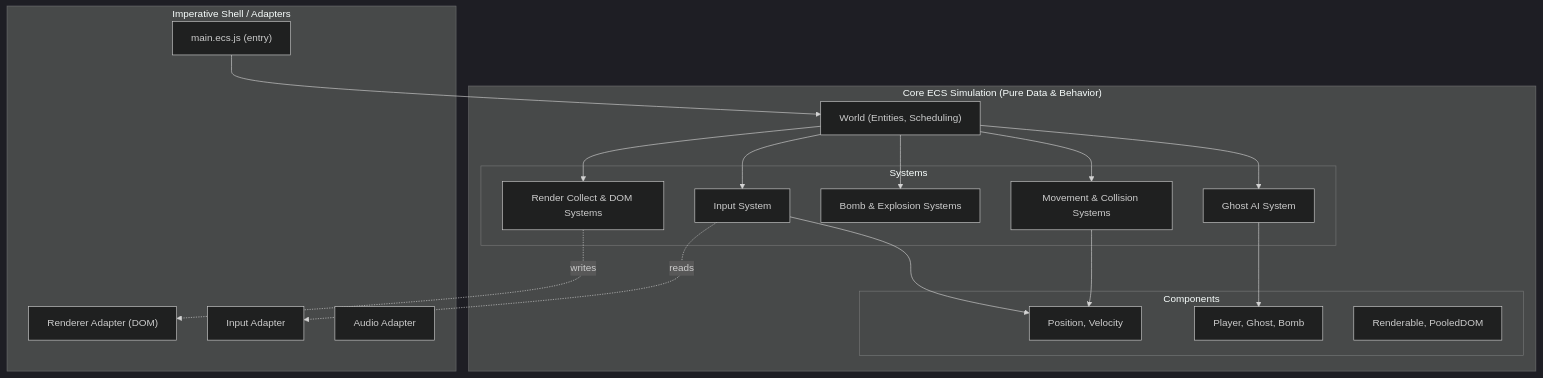
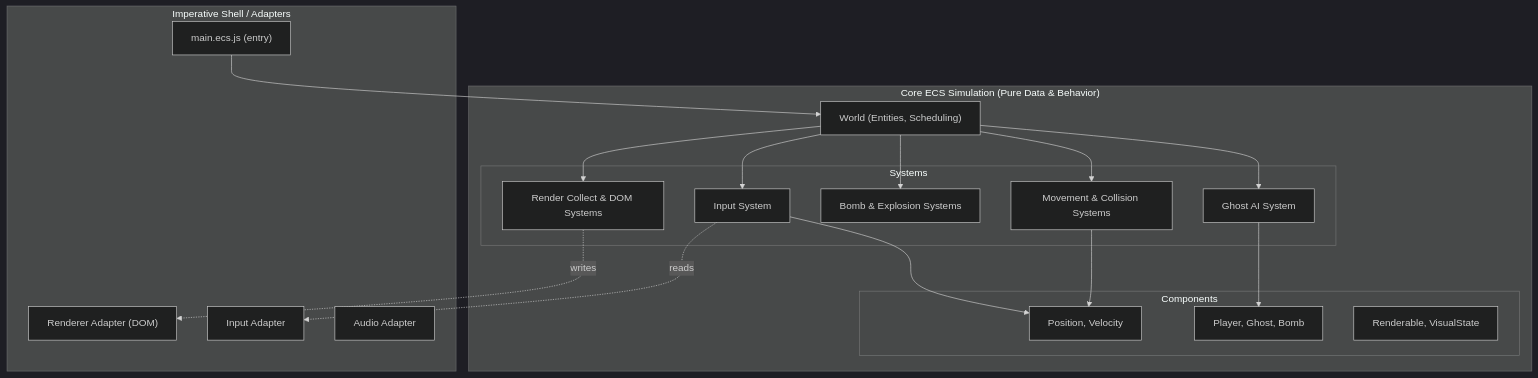
Before and after one commit to ertval/make-your-game: the first of 2 diagrams in docs/implementation-plan.md, drawn with Mermaid (dark theme). The commit also changed other lines of this file and 4 other files, not shown here.

````diff
--- a/docs/implementation-plan.md
+++ b/docs/implementation-plan.md
@@ -46,41 +47,41 @@
 ```mermaid
 graph TB
     subgraph "Imperative Shell / Adapters"
         MAIN["main.ecs.js (entry)"]
         RENDERER["Renderer Adapter (DOM)"]
         INPUT["Input Adapter"]
         AUDIO["Audio Adapter"]
     end
 
     subgraph "Core ECS Simulation (Pure Data & Behavior)"
         WORLD["World (Entities, Scheduling)"]
         
         subgraph "Systems"
             SYS_INPUT["Input System"]
             SYS_MOVE["Movement & Collision Systems"]
             SYS_BOMB["Bomb & Explosion Systems"]
             SYS_AI["Ghost AI System"]
             SYS_RENDER["Render Collect & DOM Systems"]
         end
         
         subgraph "Components"
-            COMP_POS["Position, Velocity"]
-            COMP_ACT["Player, Ghost, Bomb"]
-            COMP_REN["Renderable, PooledDOM"]
+          COMP_POS["Position, Velocity"]
+          COMP_ACT["Player, Ghost, Bomb"]
+          COMP_REN["Renderable, VisualState"]
         end
     end
 
     MAIN --> WORLD
     WORLD --> SYS_INPUT
     WORLD --> SYS_AI
     WORLD --> SYS_MOVE
     WORLD --> SYS_BOMB
     WORLD --> SYS_RENDER
     
     SYS_INPUT -. reads .-> INPUT
     SYS_RENDER -. writes .-> RENDERER
     
     SYS_INPUT --> COMP_POS
     SYS_MOVE --> COMP_POS
     SYS_AI --> COMP_ACT
 ```
````
